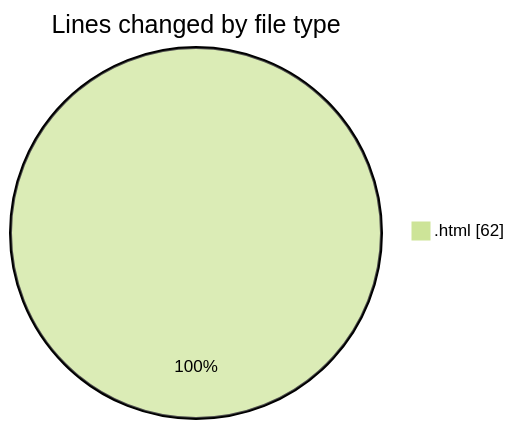
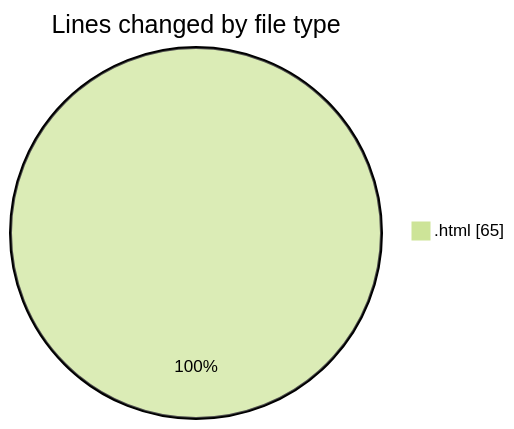
The first of 2 diagrams in 2025-12-23/technologie_web/README.md (hasnaa123/code-tracking), drawn with Mermaid (forest theme) before and after one commit. The commit also changed other lines of this file and 1 other file, not shown here.

````diff
--- a/2025-12-23/technologie_web/README.md
+++ b/2025-12-23/technologie_web/README.md
@@ -20,5 +20,5 @@
 ```mermaid
 pie showData
 title Lines changed by file type
-".html" : 62
+".html" : 65
 ```
````
